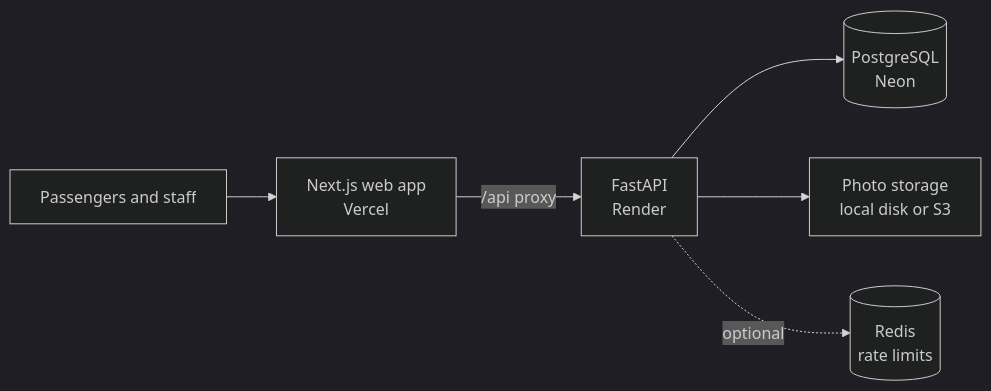
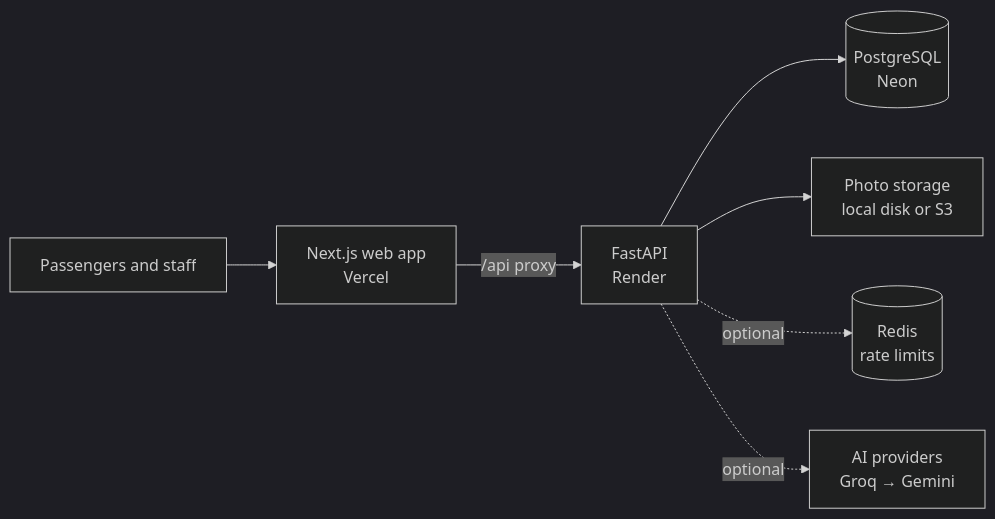
The second of 2 diagrams in README.md (Frpratik/rail-voice), drawn with Mermaid (dark theme) before and after one commit. The commit also changed other lines of this file and 9 other files, not shown here.

First line of the commit message:
feat(ai): add free Groq and Gemini providers with automatic fallback

````diff
--- a/README.md
+++ b/README.md
@@ -100,8 +174,9 @@
 ```mermaid
 flowchart LR
     U[Passengers and staff] --> W["Next.js web app<br/>Vercel"]
     W -- "/api proxy" --> A["FastAPI<br/>Render"]
     A --> D[("PostgreSQL<br/>Neon")]
     A --> M["Photo storage<br/>local disk or S3"]
     A -. optional .-> R[("Redis<br/>rate limits")]
+    A -. optional .-> AI["AI providers<br/>Groq → Gemini"]
 ```
````
